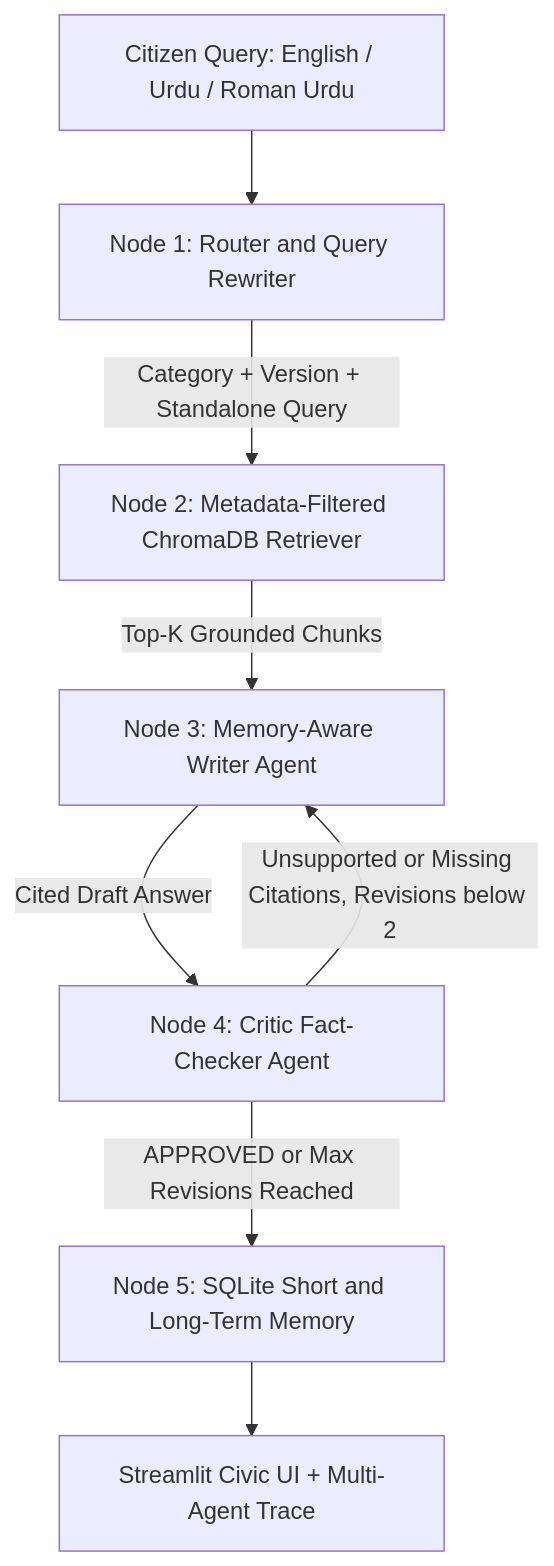
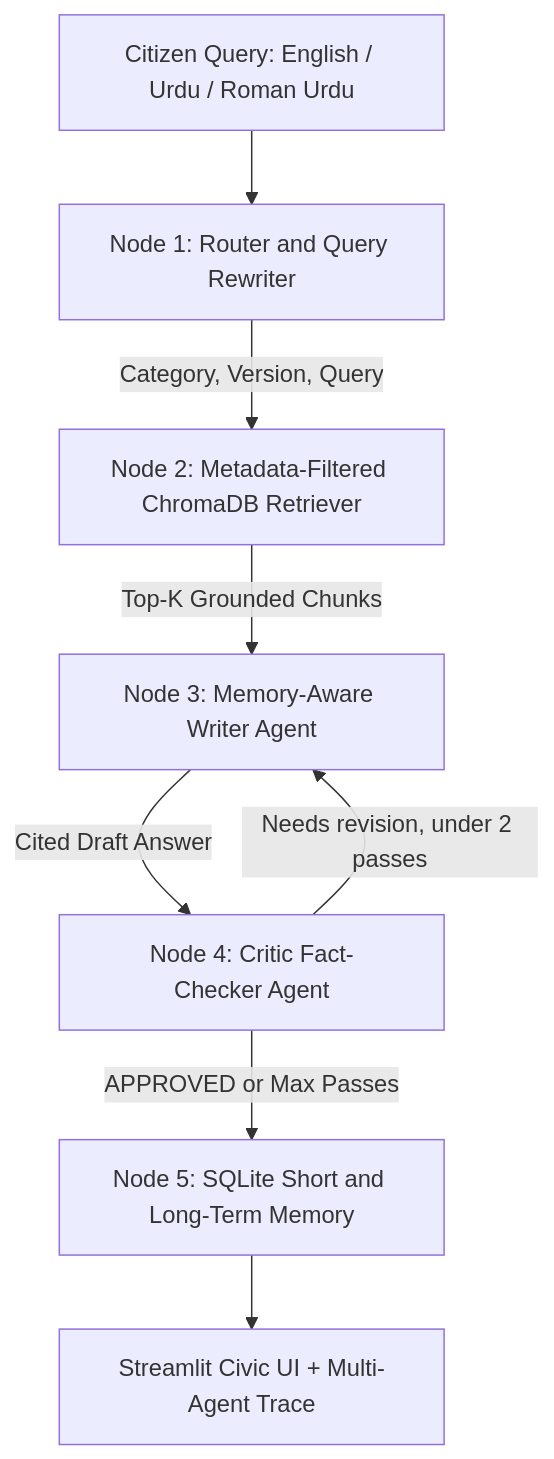
The diagram in README.md (shahibadshah987-star/PakSahulat-AI), drawn with Mermaid before and after one commit.

````diff
--- a/README.md
+++ b/README.md
@@ -9,10 +9,10 @@
 ```mermaid
 flowchart TD
     U["Citizen Query: English / Urdu / Roman Urdu"] --> R["Node 1: Router and Query Rewriter"]
-    R -->|"Category + Version + Standalone Query"| RET["Node 2: Metadata-Filtered ChromaDB Retriever"]
+    R -->|"Category, Version, Query"| RET["Node 2: Metadata-Filtered ChromaDB Retriever"]
     RET -->|"Top-K Grounded Chunks"| W["Node 3: Memory-Aware Writer Agent"]
     W -->|"Cited Draft Answer"| C["Node 4: Critic Fact-Checker Agent"]
-    C -->|"Unsupported or Missing Citations, Revisions below 2"| W
-    C -->|"APPROVED or Max Revisions Reached"| M["Node 5: SQLite Short and Long-Term Memory"]
+    C -->|"Needs revision, under 2 passes"| W
+    C -->|"APPROVED or Max Passes"| M["Node 5: SQLite Short and Long-Term Memory"]
     M --> OUT["Streamlit Civic UI + Multi-Agent Trace"]
 ```
````
